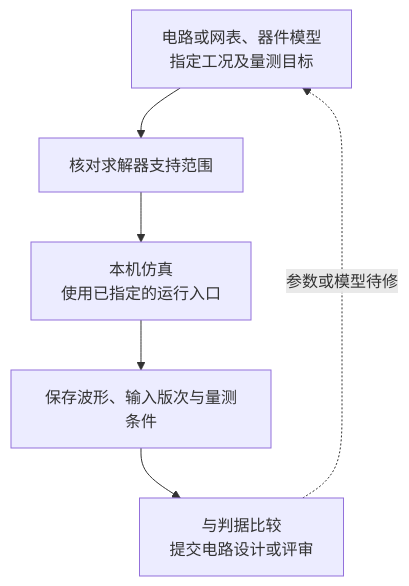
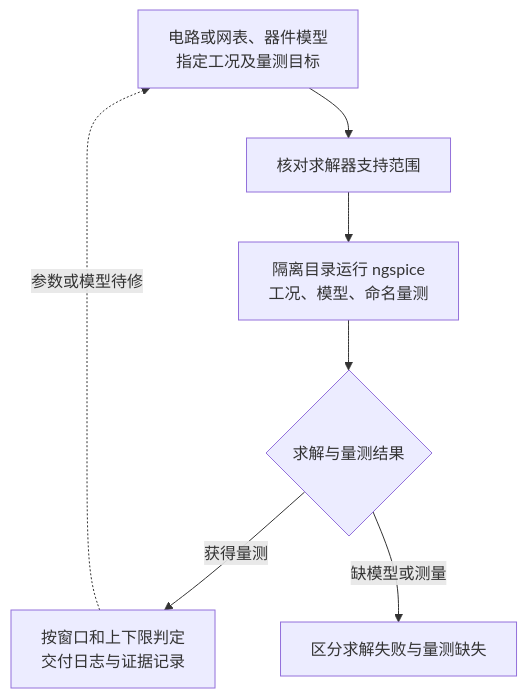
The sixth of 9 diagrams in docs/architecture-guide.md (zhr1008/hardware-design-skills), drawn with Mermaid before and after one commit. The commit also changed other lines of this file and 109 other files, not shown here.

````diff
--- a/docs/architecture-guide.md
+++ b/docs/architecture-guide.md
@@ -88,8 +95,9 @@
 ```mermaid
 flowchart TD
   A["电路或网表、器件模型<br/>指定工况及量测目标"] --> B["核对求解器支持范围"]
-  B --> C["本机仿真<br/>使用已指定的运行入口"]
-  C --> D["保存波形、输入版次与量测条件"]
-  D --> E["与判据比较<br/>提交电路设计或评审"]
+  B --> C["隔离目录运行 ngspice<br/>工况、模型、命名量测"]
+  C --> D{"求解与量测结果"}
+  D -->|"获得量测"| E["按窗口和上下限判定<br/>交付日志与证据记录"]
+  D -->|"缺模型或测量"| M["区分求解失败与量测缺失"]
   E -. "参数或模型待修" .-> A
 ```
````
